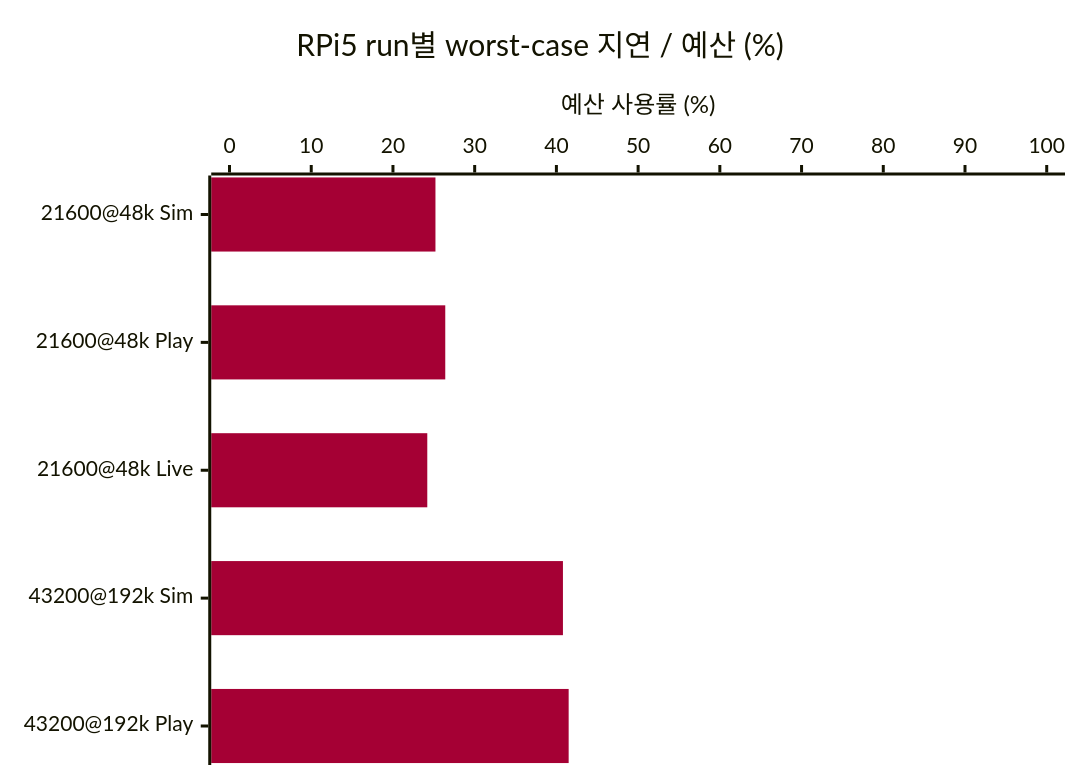
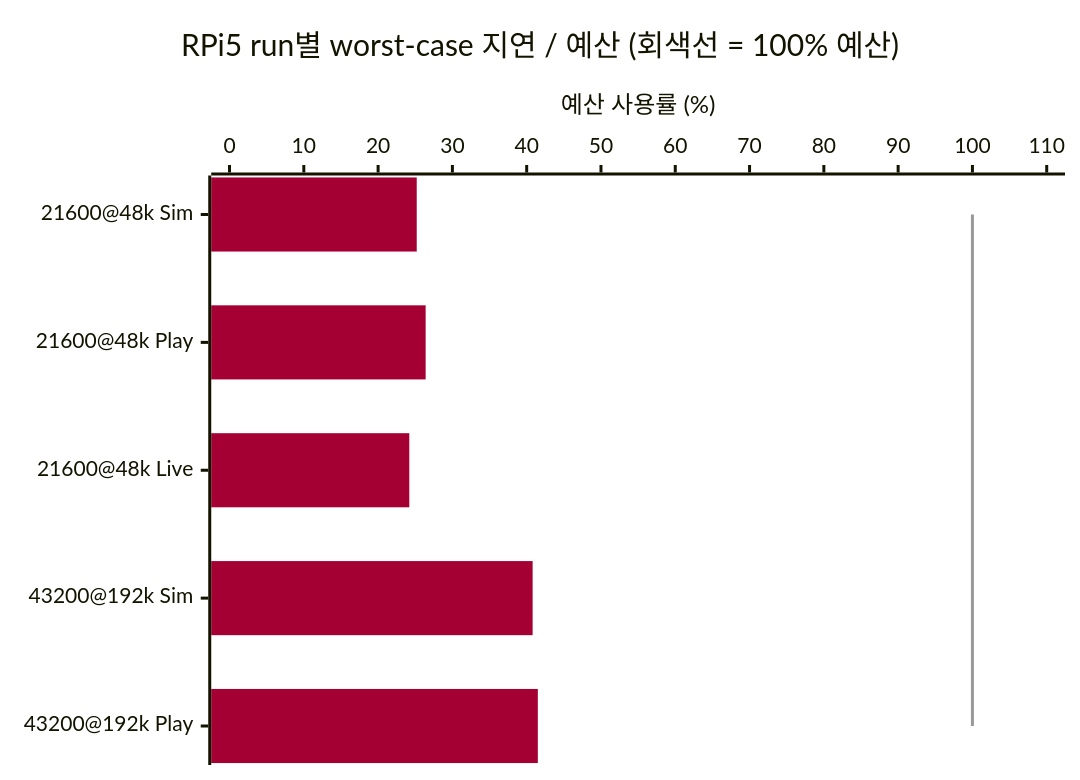
Before and after one commit to lgcmu2026-team5/TimeGrapher-Docs: the second of 4 diagrams in Milestone/ko/4-Planned-Experiments.md, drawn with Mermaid. The commit also changed other lines of this file and 1 other file, not shown here.

First line of the commit message:
docs(EXP-01/02/05): add gray reference lines to charts

````diff
--- a/Milestone/ko/4-Planned-Experiments.md
+++ b/Milestone/ko/4-Planned-Experiments.md
@@ -107,8 +108,9 @@
 ```mermaid
-%%{init: {"themeVariables": {"xyChart": {"plotColorPalette": "#A50034"}}}}%%
+%%{init: {"themeVariables": {"xyChart": {"plotColorPalette": "#A50034, #999999"}}}}%%
 xychart-beta horizontal
-    title "RPi5 run별 worst-case 지연 / 예산 (%)"
+    title "RPi5 run별 worst-case 지연 / 예산 (회색선 = 100% 예산)"
     x-axis ["21600@48k Sim", "21600@48k Play", "21600@48k Live", "43200@192k Sim", "43200@192k Play"]
-    y-axis "예산 사용률 (%)" 0 --> 100
+    y-axis "예산 사용률 (%)" 0 --> 110
     bar [25.2, 26.4, 24.2, 40.8, 41.5]
+    line [100, 100, 100, 100, 100]
 ```
````
